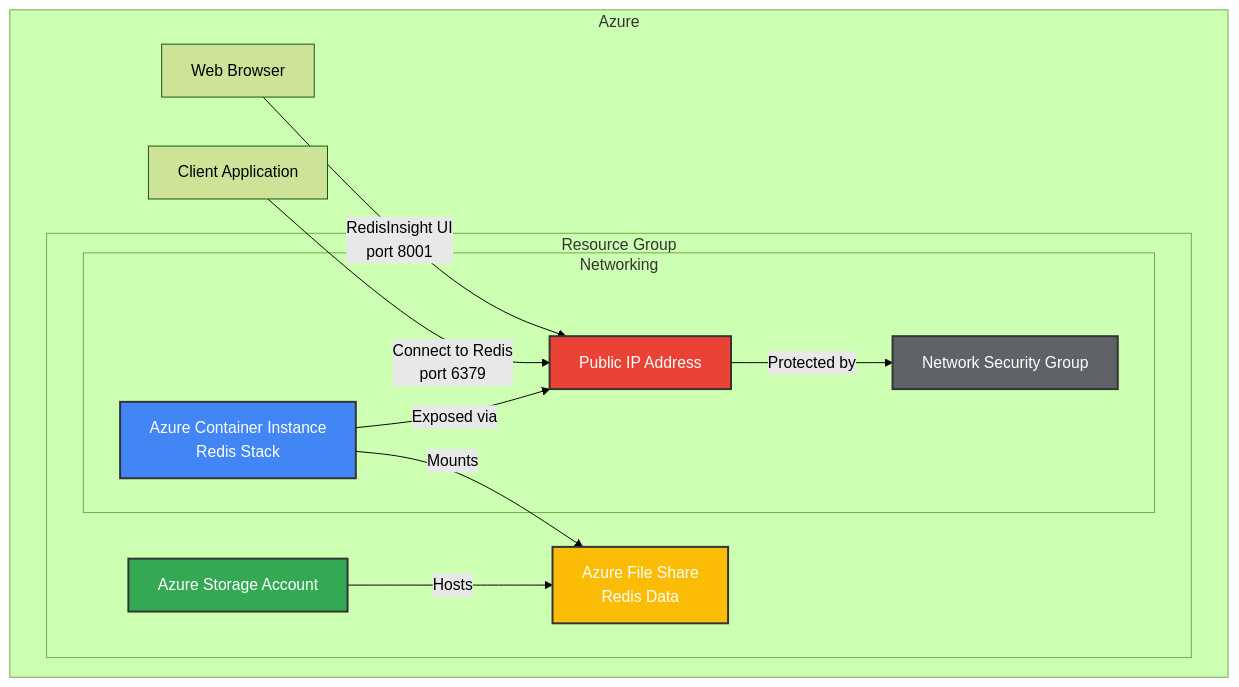
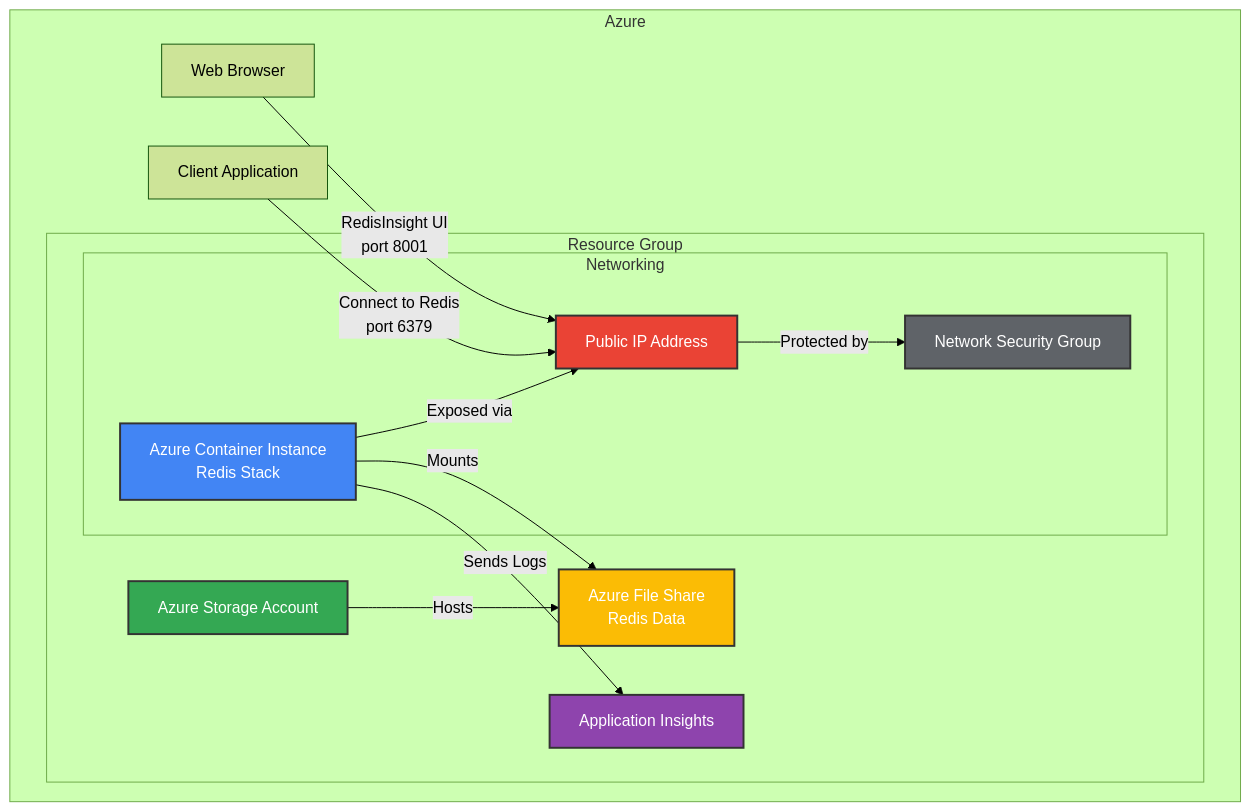
The first of 4 diagrams in docs/architecture.md (cfryerdev/azure-redis-stack-container), drawn with Mermaid (forest theme) before and after one commit. The commit also changed other lines of this file and 12 other files, not shown here.

````diff
--- a/docs/architecture.md
+++ b/docs/architecture.md
@@ -13,29 +14,32 @@
 ```mermaid
 graph TD
     subgraph "Azure"
         subgraph "Resource Group"
             ACI[Azure Container Instance<br/>Redis Stack]
             Storage[Azure Storage Account]
             FileShare[Azure File Share<br/>Redis Data]
+            AppInsights[Application Insights]
             
             ACI -->|Mounts| FileShare
             Storage -->|Hosts| FileShare
+            ACI -->|Sends Logs| AppInsights
             
             subgraph "Networking"
                 PublicIP[Public IP Address]
                 NSG[Network Security Group]
                 PublicIP -->|Protected by| NSG
                 ACI -->|Exposed via| PublicIP
             end
         end
         
         Client[Client Application] -->|Connect to Redis<br/>port 6379| PublicIP
         Browser[Web Browser] -->|RedisInsight UI<br/>port 8001| PublicIP
     end
     
     style ACI fill:#4285F4,stroke:#333,stroke-width:2px,color:white
     style Storage fill:#34A853,stroke:#333,stroke-width:2px,color:white
     style FileShare fill:#FBBC05,stroke:#333,stroke-width:2px,color:white
     style PublicIP fill:#EA4335,stroke:#333,stroke-width:2px,color:white
     style NSG fill:#5F6368,stroke:#333,stroke-width:2px,color:white
+    style AppInsights fill:#8E44AD,stroke:#333,stroke-width:2px,color:white
 ```
````
